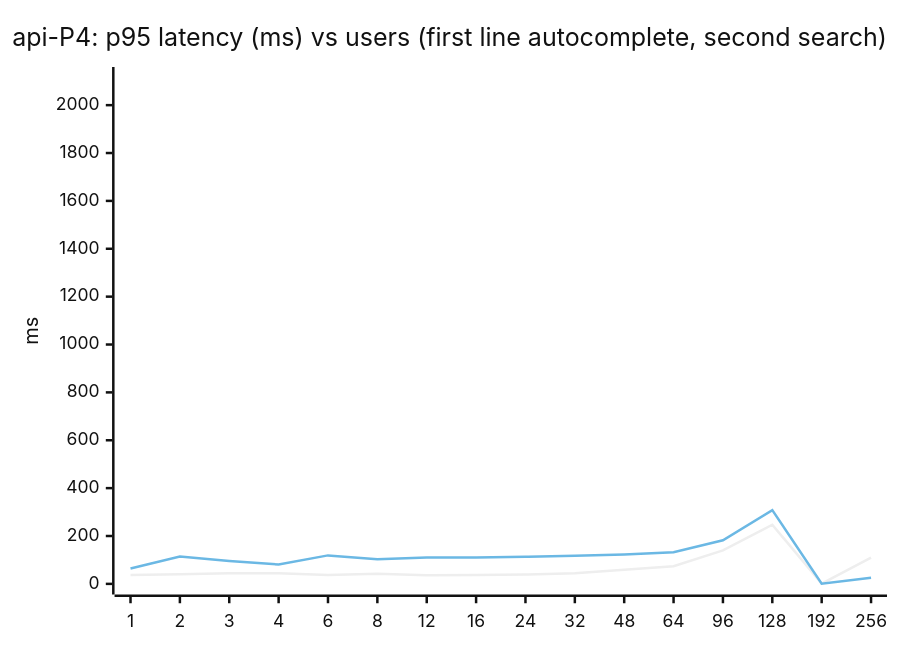
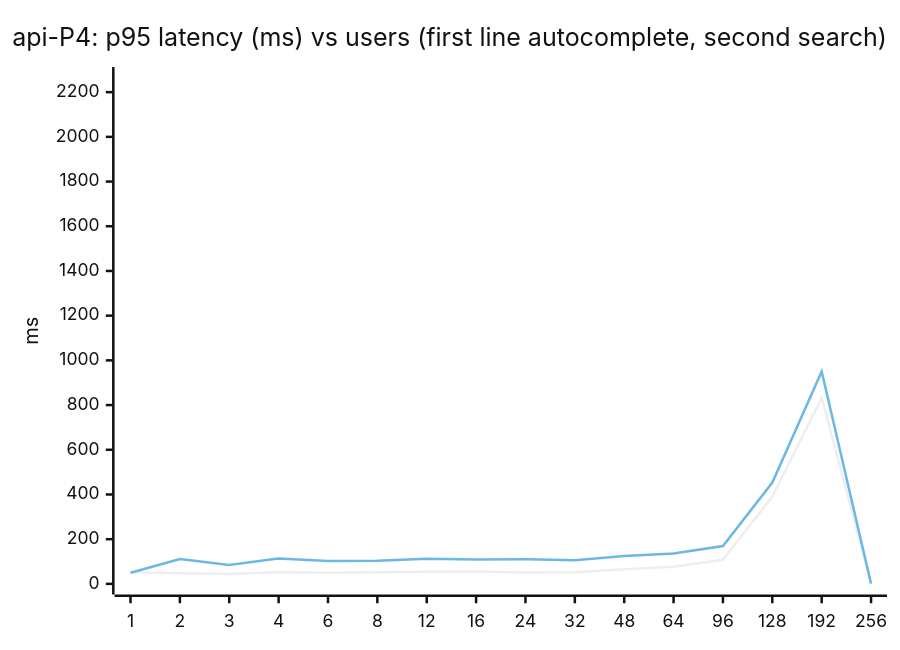
One commit to johnzastrow/pgeo changed the fourth of 13 diagrams in docs/LOAD_TEST_RESULTS_PGEO.md. Above: the diagram before and after it, drawn with Mermaid (neutral theme). The commit also changed other lines of this file and 3 other files, not shown here.

````diff
--- a/docs/LOAD_TEST_RESULTS_PGEO.md
+++ b/docs/LOAD_TEST_RESULTS_PGEO.md
@@ -128,8 +121,8 @@
 ```mermaid
 xychart-beta
     title "api-P4: p95 latency (ms) vs users (first line autocomplete, second search)"
     x-axis [1, 2, 3, 4, 6, 8, 12, 16, 24, 32, 48, 64, 96, 128, 192, 256]
-    y-axis "ms" 0 --> 2115
-    line [37, 40, 44, 44, 37, 42, 36, 37, 39, 44, 59, 74, 140, 247, 1,110, 1,894]
-    line [64, 114, 96, 81, 119, 103, 110, 110, 113, 117, 123, 132, 182, 308, 1,026, 1,923]
+    y-axis "ms" 0 --> 2265
+    line [52, 47, 44, 52, 50, 52, 54, 55, 51, 52, 65, 77, 108, 390, 832, 2,059]
+    line [50, 111, 85, 114, 102, 104, 112, 109, 110, 106, 125, 136, 169, 453, 950, 1,973]
 ```
````
